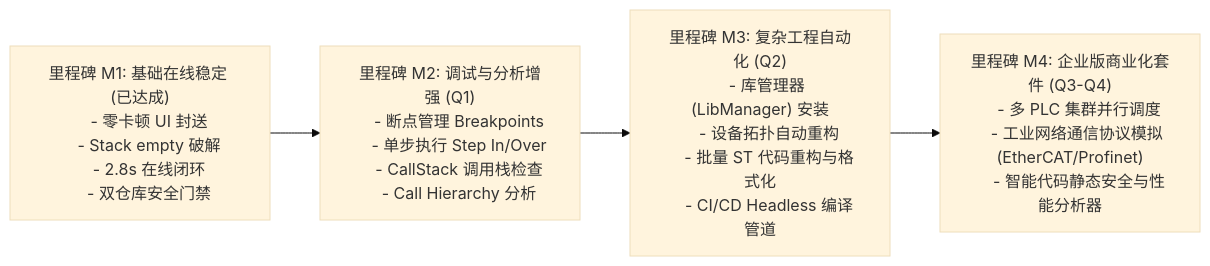
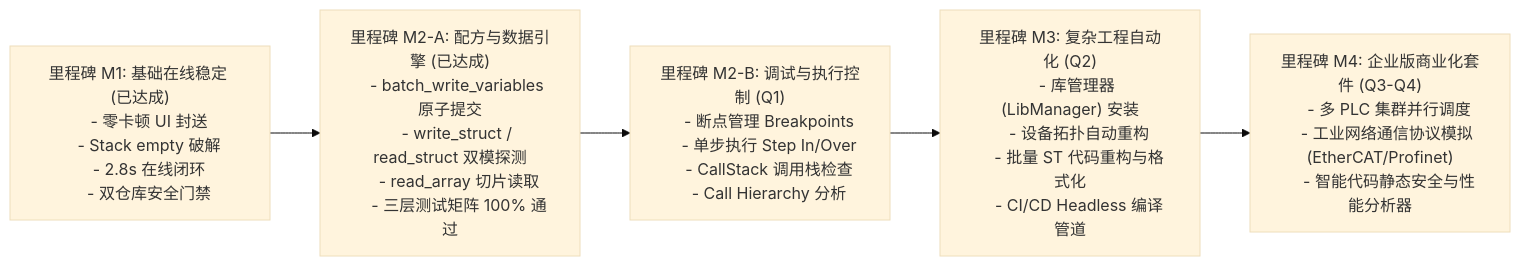
One commit to Zhgong/codesys-mcp-plugin changed the diagram in wiki/00_Product_Roadmap_2026.md. Above: the diagram before and after it, drawn with Mermaid (base theme). The commit also changed other lines of this file and 11 other files, not shown here.

Commit message:
feat(recipe): implement batch write, struct serialization, and array slice tools (M2-A)

````diff
--- a/wiki/00_Product_Roadmap_2026.md
+++ b/wiki/00_Product_Roadmap_2026.md
@@ -11,23 +11,29 @@
 ```mermaid
 flowchart LR
     M1["里程碑 M1: 基础在线稳定 (已达成)
     - 零卡顿 UI 封送
     - Stack empty 破解
     - 2.8s 在线闭环
-    - 双仓库安全门禁"] --> M2["里程碑 M2: 调试与分析增强 (Q1)
+    - 双仓库安全门禁"] --> M2A["里程碑 M2-A: 配方与数据引擎 (已达成)
+    - batch_write_variables 原子提交
+    - write_struct / read_struct 双模探测
+    - read_array 切片读取
+    - 三层测试矩阵 100% 通过"]
+    
+    M2A --> M2B["里程碑 M2-B: 调试与执行控制 (Q1)
     - 断点管理 Breakpoints
     - 单步执行 Step In/Over
     - CallStack 调用栈检查
     - Call Hierarchy 分析"]
     
-    M2 --> M3["里程碑 M3: 复杂工程自动化 (Q2)
+    M2B --> M3["里程碑 M3: 复杂工程自动化 (Q2)
     - 库管理器 (LibManager) 安装
     - 设备拓扑自动重构
     - 批量 ST 代码重构与格式化
     - CI/CD Headless 编译管道"]
 
     M3 --> M4["里程碑 M4: 企业版商业化套件 (Q3-Q4)
     - 多 PLC 集群并行调度
     - 工业网络通信协议模拟 (EtherCAT/Profinet)
     - 智能代码静态安全与性能分析器"]
 ```
````
